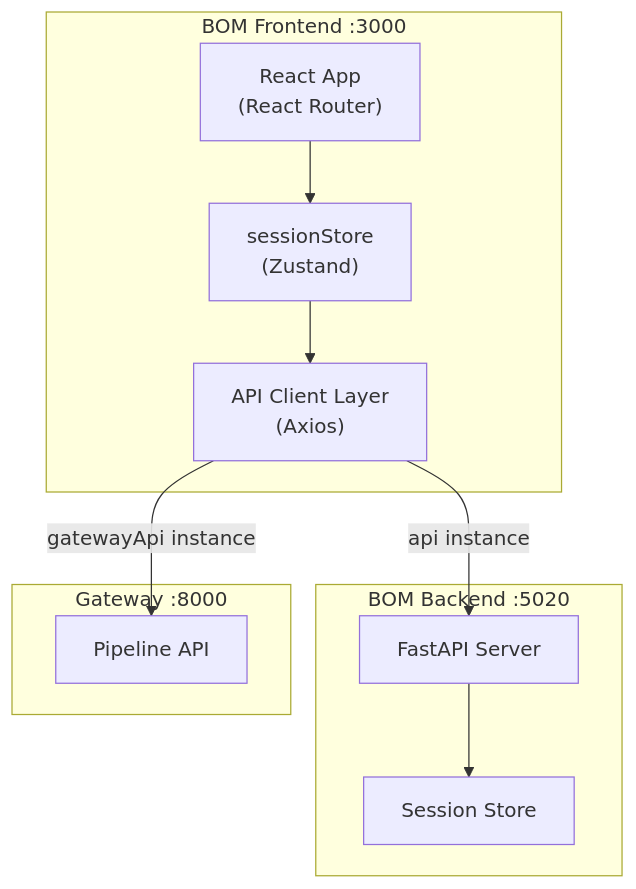
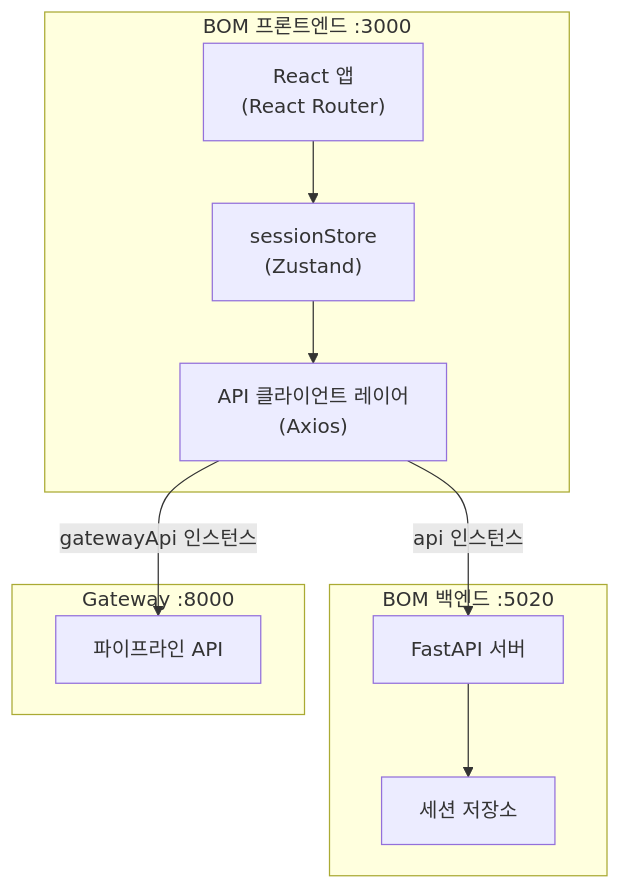
The first of 2 diagrams in docs-site/docs/frontend/bom-frontend.md (uprootai/AX_OCR), drawn with Mermaid before and after one commit. The commit also changed other lines of this file and 64 other files, not shown here.

````diff
--- a/docs-site/docs/frontend/bom-frontend.md
+++ b/docs-site/docs/frontend/bom-frontend.md
@@ -13,24 +13,24 @@
 ```mermaid
 flowchart TD
-    subgraph BOM_FE["BOM Frontend :3000"]
-        APP["React App\n(React Router)"]
+    subgraph BOM_FE["BOM 프론트엔드 :3000"]
+        APP["React 앱\n(React Router)"]
         STORE["sessionStore\n(Zustand)"]
-        API_LIB["API Client Layer\n(Axios)"]
+        API_LIB["API 클라이언트 레이어\n(Axios)"]
 
         APP --> STORE
         STORE --> API_LIB
     end
 
-    subgraph BOM_BE["BOM Backend :5020"]
-        API["FastAPI Server"]
-        SSTORE["Session Store"]
+    subgraph BOM_BE["BOM 백엔드 :5020"]
+        API["FastAPI 서버"]
+        SSTORE["세션 저장소"]
     end
 
     subgraph GW["Gateway :8000"]
-        GW_API["Pipeline API"]
+        GW_API["파이프라인 API"]
     end
 
-    API_LIB -->|"api instance"| API
-    API_LIB -->|"gatewayApi instance"| GW_API
+    API_LIB -->|"api 인스턴스"| API
+    API_LIB -->|"gatewayApi 인스턴스"| GW_API
     API --> SSTORE
 ```
````
